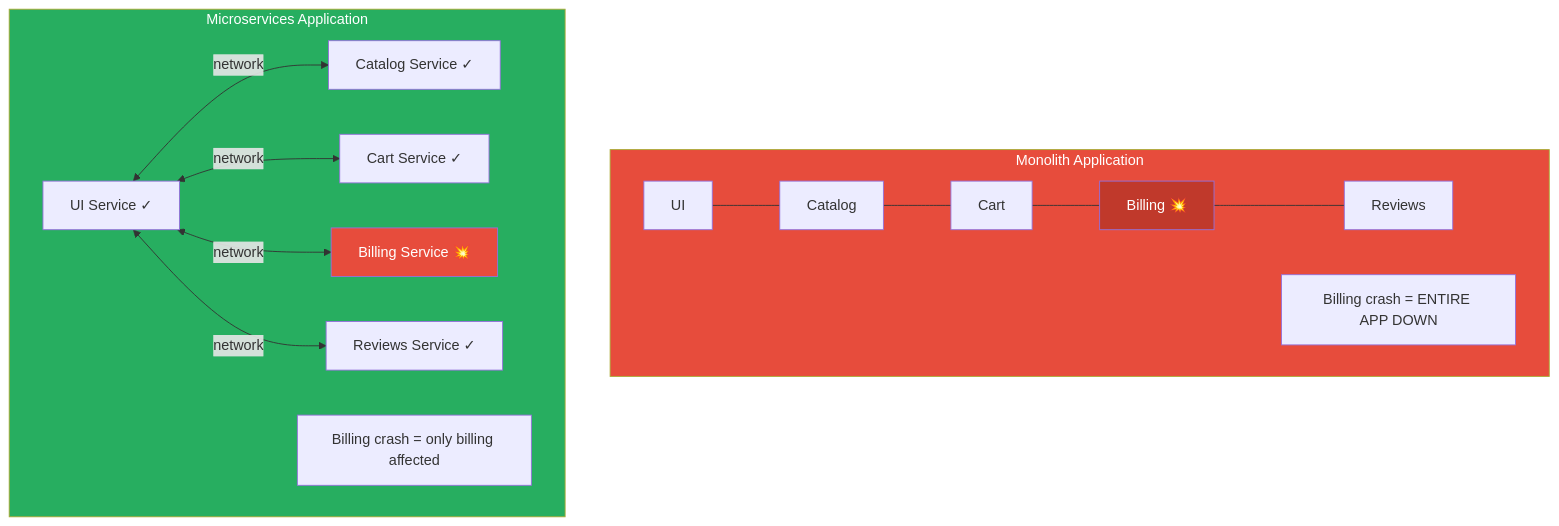
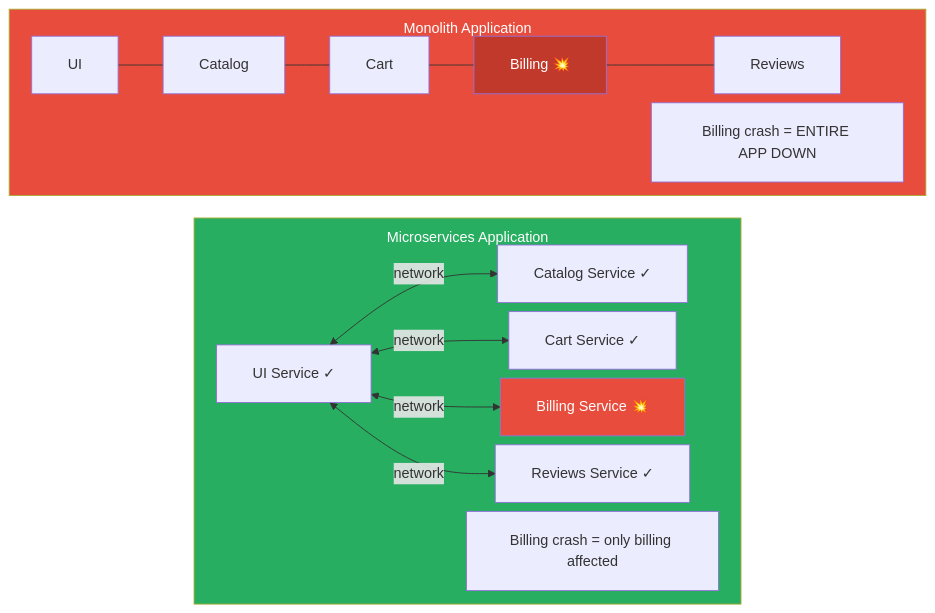
The second of 3 diagrams in Chapter_2_Expanded.md (Alnour/kube_book), drawn with Mermaid before and after one commit. The commit also changed other lines of this file and 7 other files, not shown here.

First line of the commit message:
Fix Mermaid diagram sizing, layout, and label rendering

````diff
--- a/Chapter_2_Expanded.md
+++ b/Chapter_2_Expanded.md
@@ -98,30 +101,33 @@
 ```mermaid
+%%{init: {'flowchart': {'nodeSpacing': 10, 'rankSpacing': 25, 'padding': 20, 'subGraphTitleMargin': {'top': 10, 'bottom': 5}}}}%%
 graph TB
     subgraph Monolith["Monolith Application"]
         M_UI["UI"]
         M_Cat["Catalog"]
         M_Cart["Cart"]
         M_Bill["Billing 💥"]
         M_Rev["Reviews"]
         M_UI --- M_Cat --- M_Cart --- M_Bill --- M_Rev
         M_Crash["Billing crash = ENTIRE APP DOWN"]
     end
 
     subgraph Microservices["Microservices Application"]
         S_UI["UI Service ✓"]
         S_Cat["Catalog Service ✓"]
         S_Cart["Cart Service ✓"]
         S_Bill["Billing Service 💥"]
         S_Rev["Reviews Service ✓"]
         S_UI <-->|network| S_Cat
         S_UI <-->|network| S_Cart
         S_UI <-->|network| S_Bill
         S_UI <-->|network| S_Rev
         S_OK["Billing crash = only billing affected"]
     end
 
+    Monolith ~~~ Microservices
+
     style Monolith fill:#e74c3c,color:#fff
     style M_Bill fill:#c0392b,color:#fff
     style Microservices fill:#27ae60,color:#fff
     style S_Bill fill:#e74c3c,color:#fff
 ```
````
